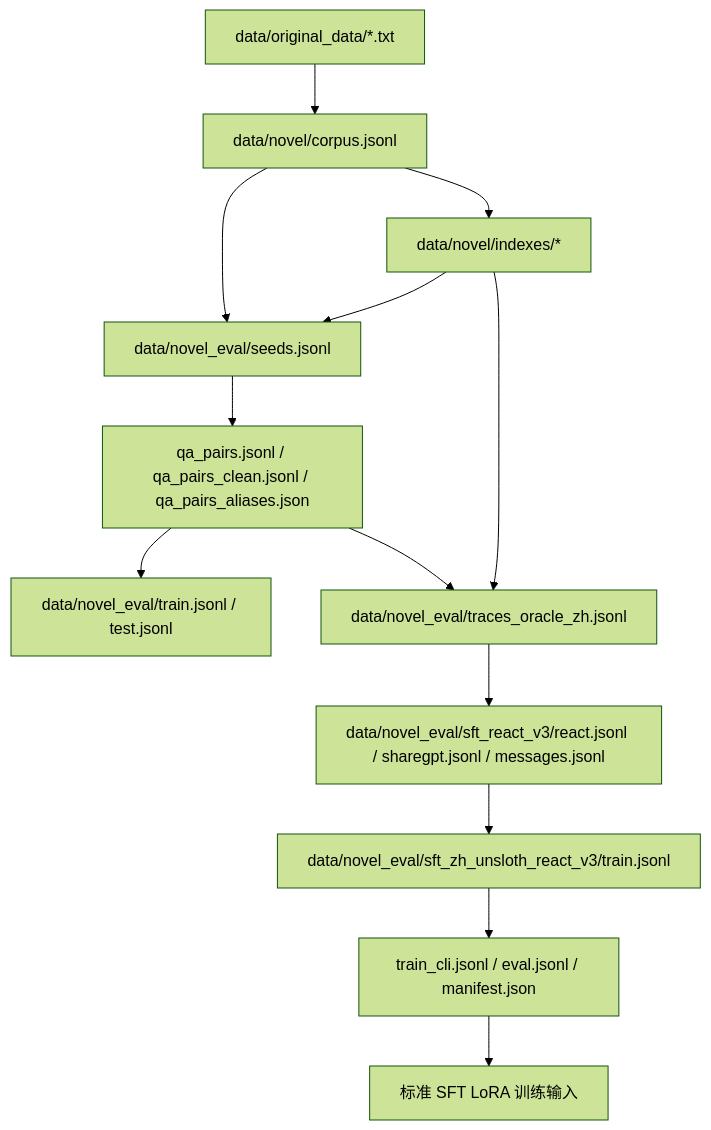
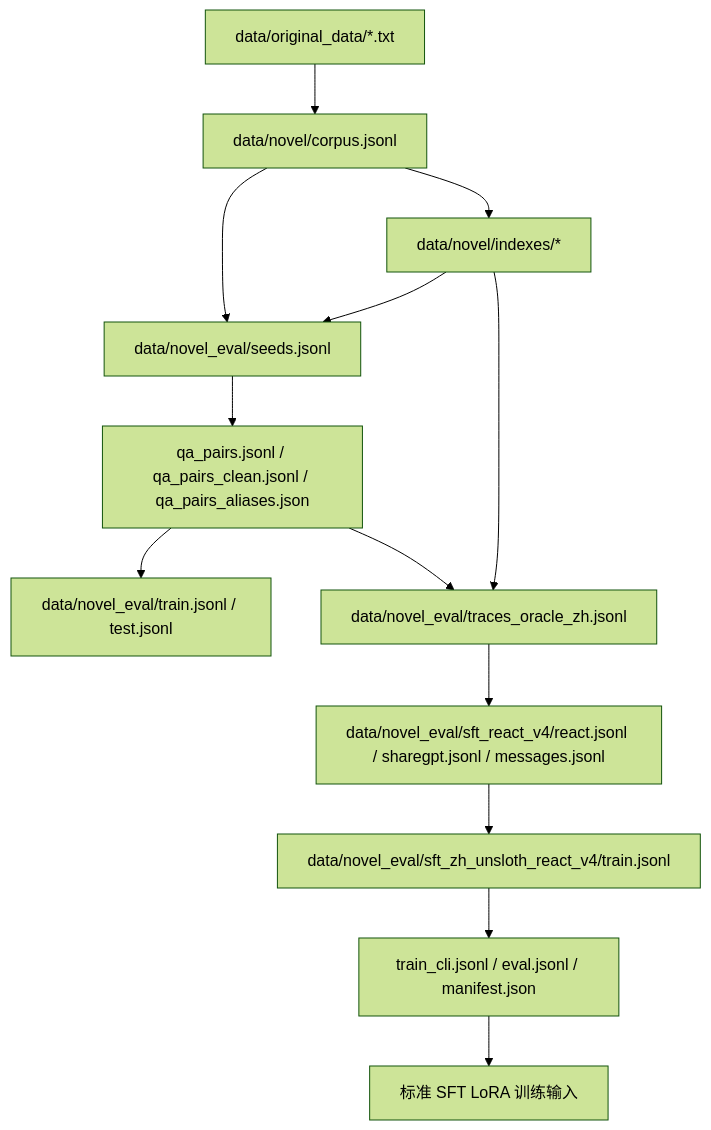
Before and after one commit to Lafinger/AgenticRAG-RL: the diagram in demo/docs/数据流.md, drawn with Mermaid (forest theme). The commit also changed other lines of this file and 35 other files, not shown here.

````diff
--- a/demo/docs/数据流.md
+++ b/demo/docs/数据流.md
@@ -7,15 +7,15 @@
 ```mermaid
 flowchart TD
     A["data/original_data/*.txt"] --> B["data/novel/corpus.jsonl"]
     B --> C["data/novel/indexes/*"]
     B --> D["data/novel_eval/seeds.jsonl"]
     C --> D
     D --> E["qa_pairs.jsonl / qa_pairs_clean.jsonl / qa_pairs_aliases.json"]
     E --> F["data/novel_eval/train.jsonl / test.jsonl"]
     E --> G["data/novel_eval/traces_oracle_zh.jsonl"]
     C --> G
-    G --> H["data/novel_eval/sft_react_v3/react.jsonl / sharegpt.jsonl / messages.jsonl"]
-    H --> I["data/novel_eval/sft_zh_unsloth_react_v3/train.jsonl"]
+    G --> H["data/novel_eval/sft_react_v4/react.jsonl / sharegpt.jsonl / messages.jsonl"]
+    H --> I["data/novel_eval/sft_zh_unsloth_react_v4/train.jsonl"]
     I --> J["train_cli.jsonl / eval.jsonl / manifest.json"]
     J --> K["标准 SFT LoRA 训练输入"]
 ```
````
